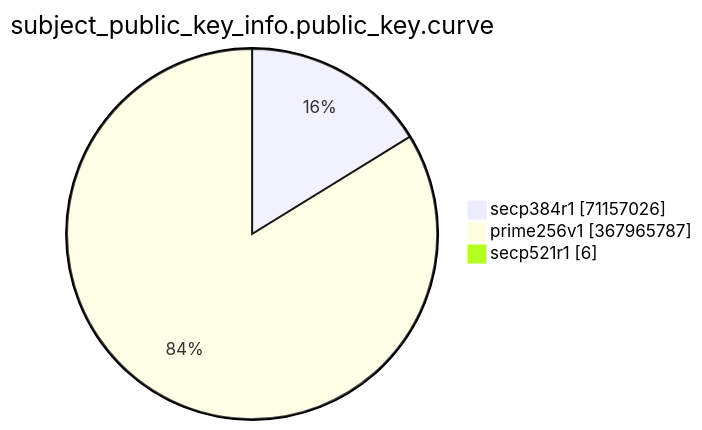
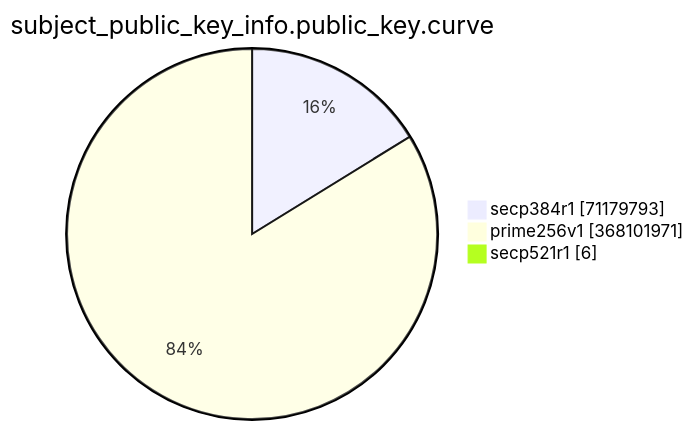
The eighth of 15 diagrams in TOTAL/README.md (christiankrug/ctmonitor_visualization), drawn with Mermaid before and after one commit. The commit also changed other lines of this file, not shown here.

````diff
--- a/TOTAL/README.md
+++ b/TOTAL/README.md
@@ -3092,7 +3092,7 @@
 ```mermaid
 pie showData
 title subject_public_key_info.public_key.curve
-"secp384r1" :71157026
-"prime256v1" :367965787
+"secp384r1" :71179793
+"prime256v1" :368101971
 "secp521r1" :6
 ```
````
